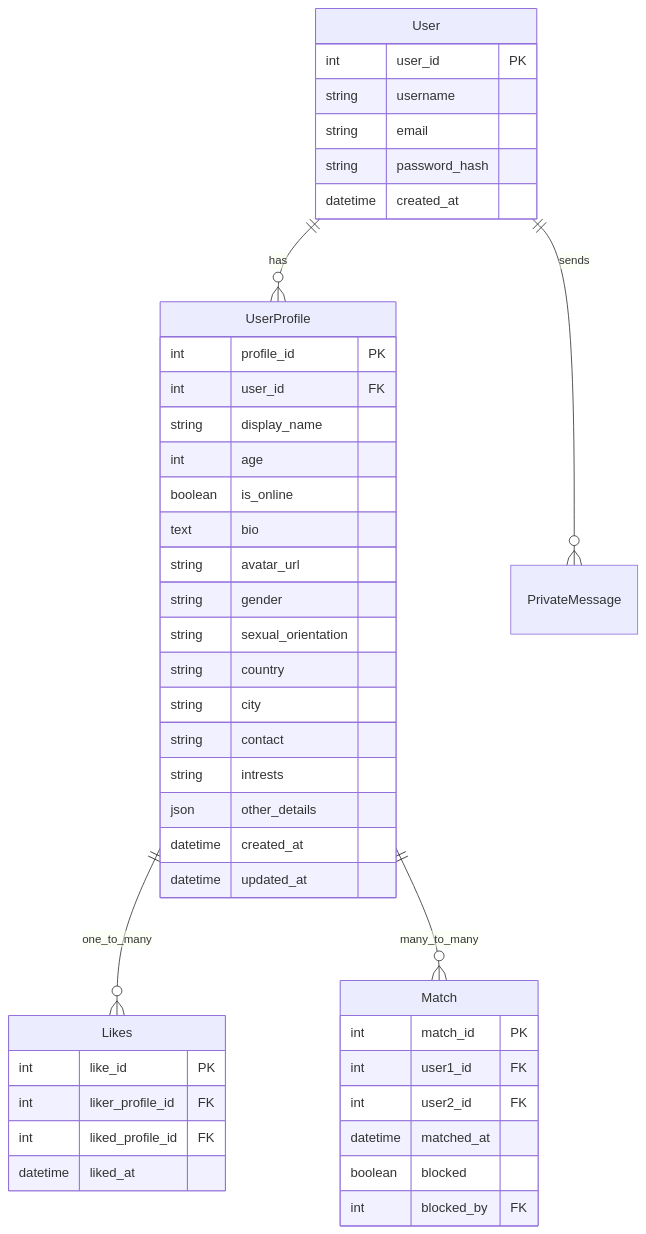
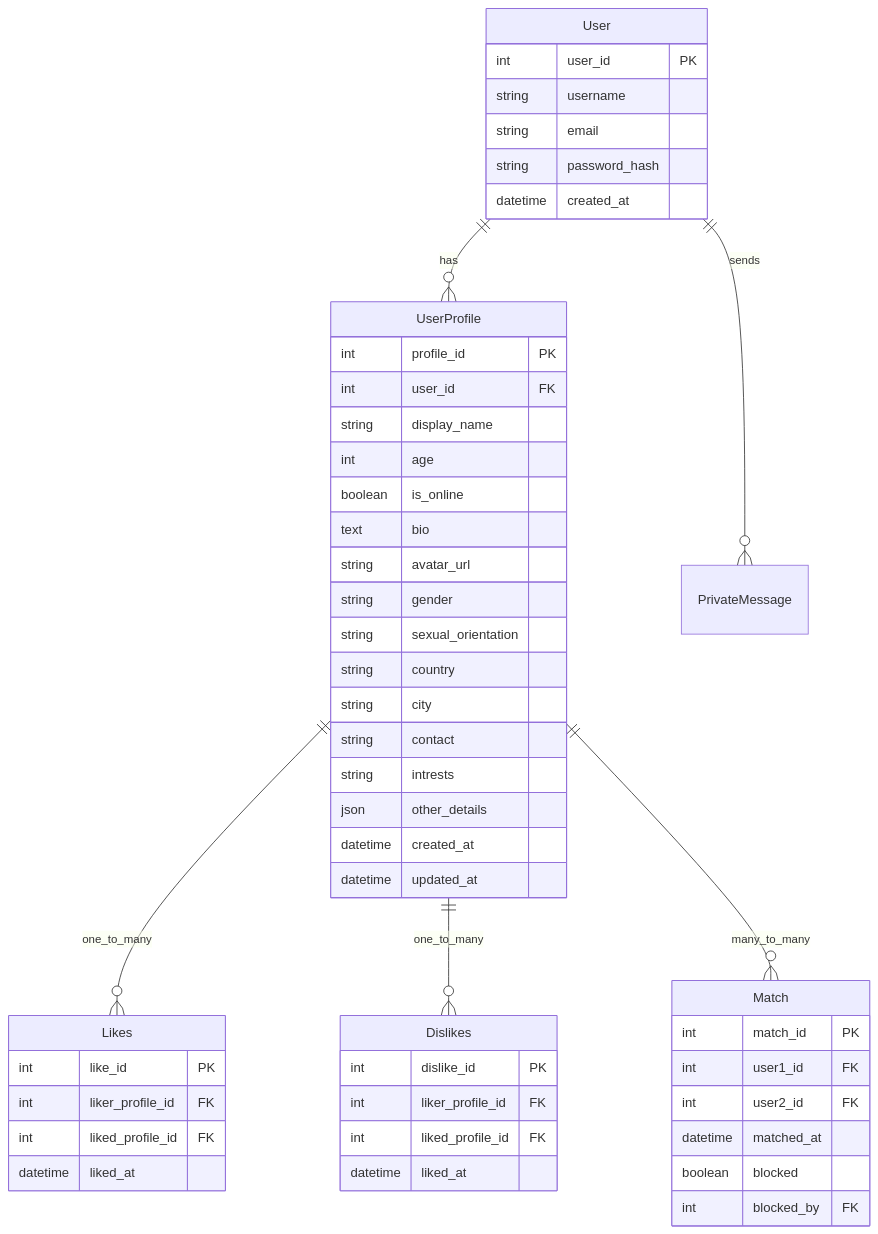
One commit to dimitri-edel/team-5 changed the diagram in README.md. Above: the diagram before and after it, drawn with Mermaid.

Commit message:
Update ERD

````diff
--- a/README.md
+++ b/README.md
@@ -60,49 +60,57 @@
 ```mermaid
 erDiagram
     User {
         int user_id PK
         string username
         string email
         string password_hash
         datetime created_at
     }
     UserProfile {
         int profile_id PK
         int user_id FK
         string display_name
         int age
         boolean is_online
         text bio
         string avatar_url
         string gender
         string sexual_orientation
         string country
         string city
         string contact
         string intrests
         json other_details
         datetime created_at
         datetime updated_at
     }
     Match {
         int match_id PK
         int user1_id FK
         int user2_id FK
         datetime matched_at
         boolean blocked
         int blocked_by FK
     }
     %% blocked_by: user_id of the user who initiated the block
     
     Likes {
         int like_id PK
         int liker_profile_id FK
         int liked_profile_id FK
         datetime liked_at
     }
 
+    Dislikes {
+        int dislike_id PK
+        int liker_profile_id FK
+        int liked_profile_id FK
+        datetime liked_at
+    }
+
     User ||--o{ UserProfile : has
     User ||--o{ PrivateMessage : sends
     UserProfile ||--o{ Likes : one_to_many
+     UserProfile ||--o{ Dislikes : one_to_many
     UserProfile ||--o{ Match : many_to_many   
 ```
````
